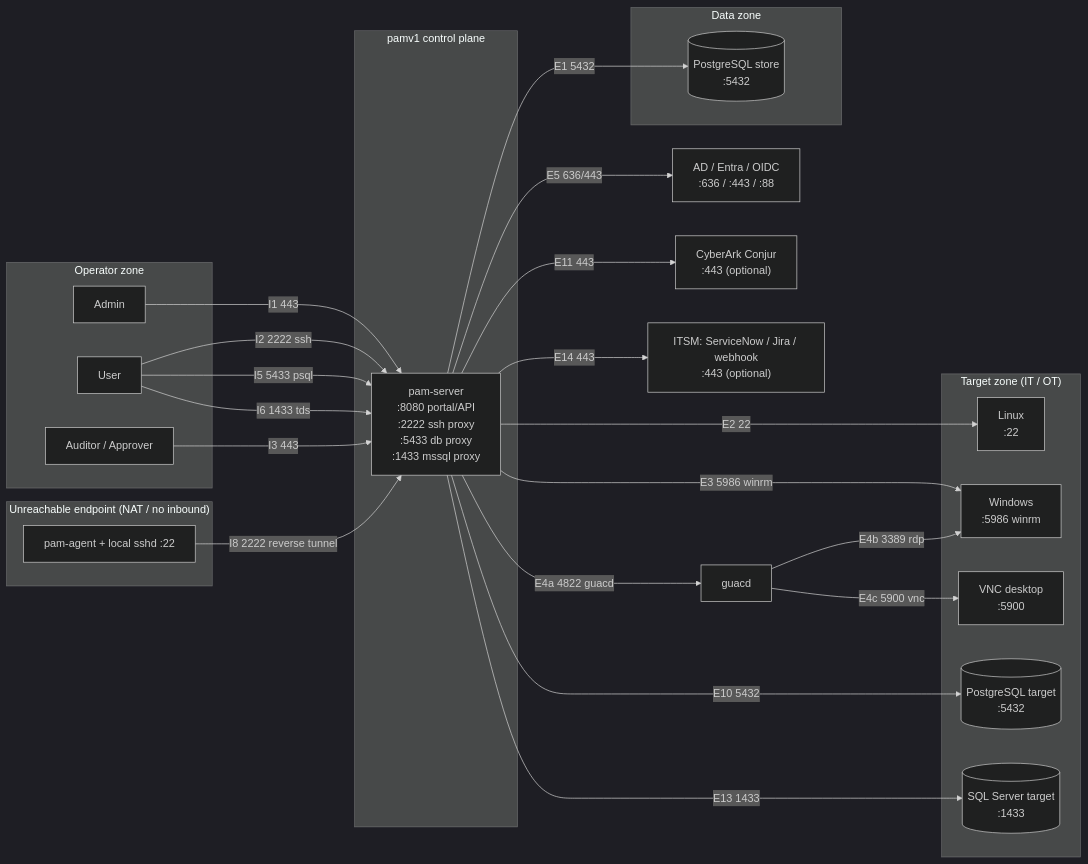
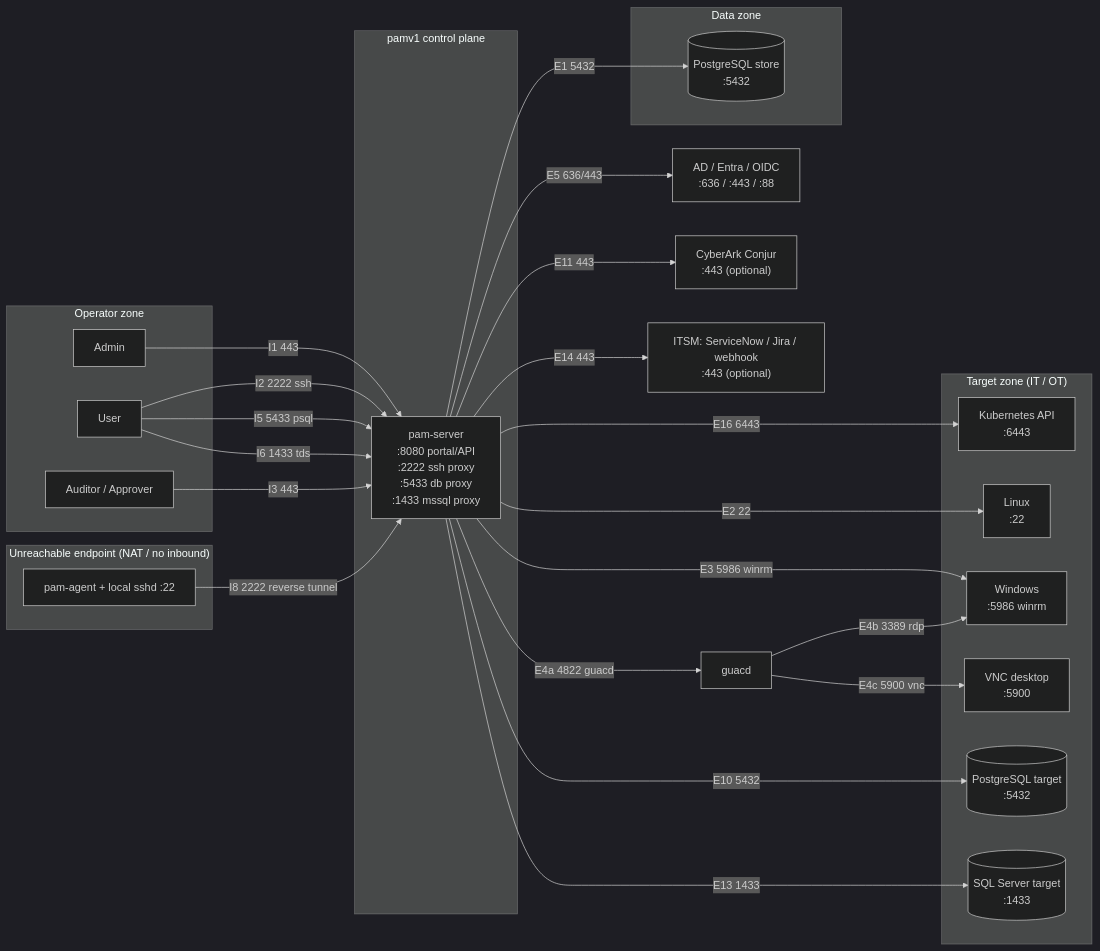
Before and after one commit to morandeirachema/PAMv1: the diagram in docs/PORTS-AND-FLOWS.md, drawn with Mermaid (dark theme). The commit also changed other lines of this file and 36 other files, not shown here.

````diff
--- a/docs/PORTS-AND-FLOWS.md
+++ b/docs/PORTS-AND-FLOWS.md
@@ -206,45 +212,47 @@
 ```mermaid
 flowchart LR
     subgraph OPS["Operator zone"]
         A["Admin"]
         U["User"]
         R["Auditor / Approver"]
     end
     subgraph PAM["pamv1 control plane"]
         S["pam-server<br/>:8080 portal/API<br/>:2222 ssh proxy<br/>:5433 db proxy<br/>:1433 mssql proxy"]
     end
     subgraph DATA["Data zone"]
         DB[("PostgreSQL store<br/>:5432")]
     end
     subgraph TGT["Target zone (IT / OT)"]
+        K8["Kubernetes API<br/>:6443"]
         L["Linux<br/>:22"]
         W["Windows<br/>:5986 winrm"]
         V["VNC desktop<br/>:5900"]
         PG[("PostgreSQL target<br/>:5432")]
         MS[("SQL Server target<br/>:1433")]
     end
     subgraph NAT["Unreachable endpoint (NAT / no inbound)"]
         EA["pam-agent + local sshd :22"]
     end
     ID["AD / Entra / OIDC<br/>:636 / :443 / :88"]
     CJ["CyberArk Conjur<br/>:443 (optional)"]
     TK["ITSM: ServiceNow / Jira / webhook<br/>:443 (optional)"]
 
     A -->|"I1 443"| S
     U -->|"I2 2222 ssh"| S
     U -->|"I5 5433 psql"| S
     U -->|"I6 1433 tds"| S
     R -->|"I3 443"| S
     S -->|"E1 5432"| DB
     S -->|"E2 22"| L
     S -->|"E3 5986 winrm"| W
     S -->|"E4a 4822 guacd"| G["guacd"]
     G -->|"E4b 3389 rdp"| W
     G -->|"E4c 5900 vnc"| V
     S -->|"E10 5432"| PG
     S -->|"E13 1433"| MS
+    S -->|"E16 6443"| K8
     S -->|"E5 636/443"| ID
     S -->|"E11 443"| CJ
     S -->|"E14 443"| TK
     EA -->|"I8 2222 reverse tunnel"| S
 ```
````
